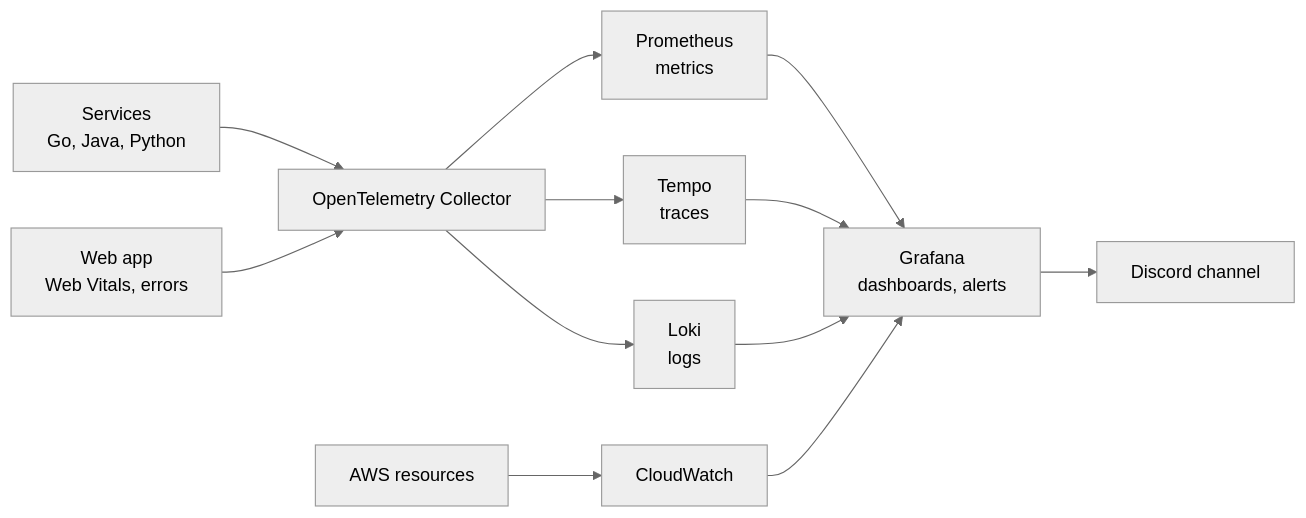
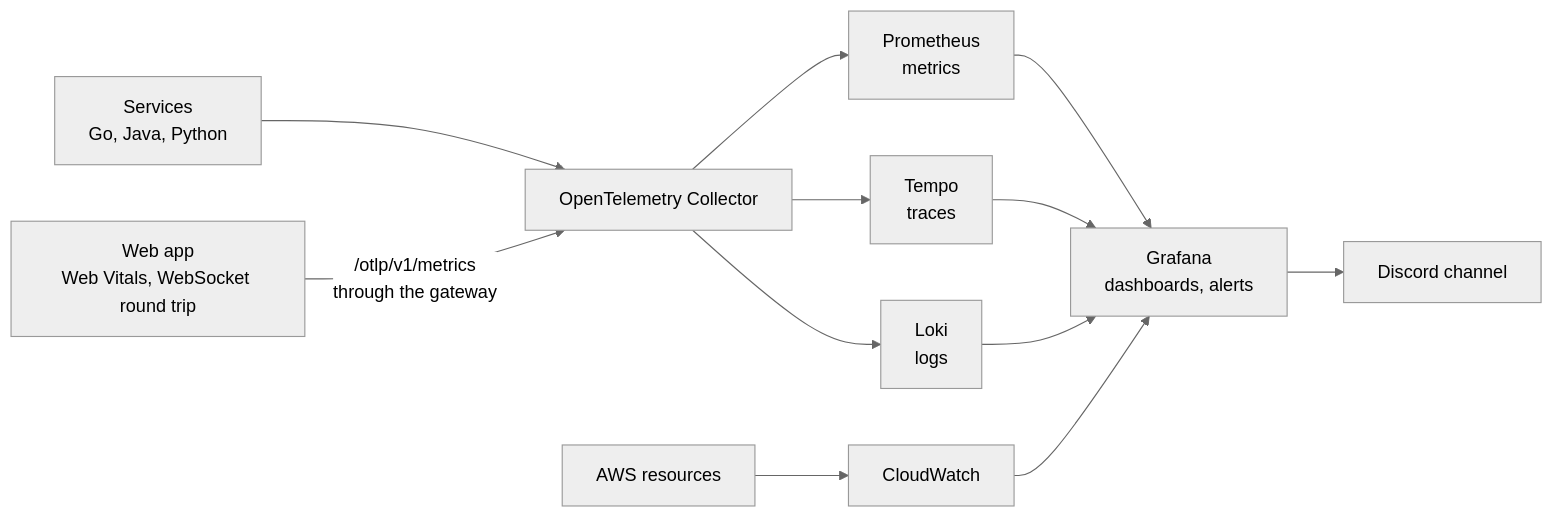
Before and after one commit to Bowenn/doodle-arena: the diagram in docs/observability.md, drawn with Mermaid (neutral theme). The commit also changed other lines of this file and 6 other files, not shown here.

````diff
--- a/docs/observability.md
+++ b/docs/observability.md
@@ -7,14 +7,14 @@
 ```mermaid
 flowchart LR
   svc["Services<br/>Go, Java, Python"] --> col["OpenTelemetry Collector"]
-  webapp["Web app<br/>Web Vitals, errors"] --> col
+  webapp["Web app<br/>Web Vitals, WebSocket round trip"] -->|"/otlp/v1/metrics<br/>through the gateway"| col
   col --> prom["Prometheus<br/>metrics"]
   col --> tempo["Tempo<br/>traces"]
   col --> loki["Loki<br/>logs"]
   aws["AWS resources"] --> cw["CloudWatch"]
   prom --> graf["Grafana<br/>dashboards, alerts"]
   tempo --> graf
   loki --> graf
   cw --> graf
   graf --> discord["Discord channel"]
 ```
````
